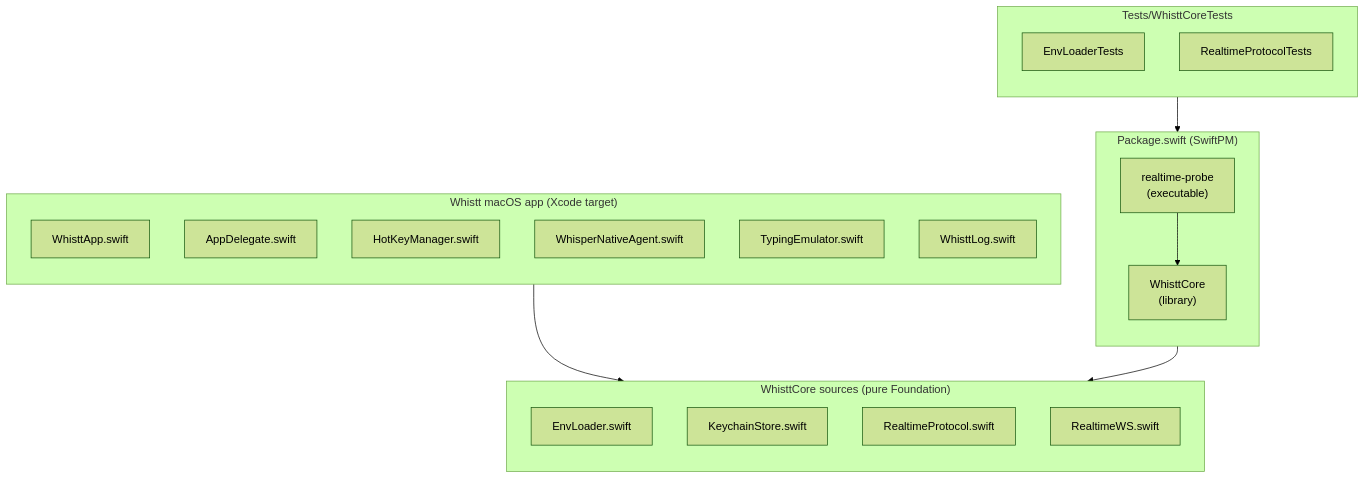
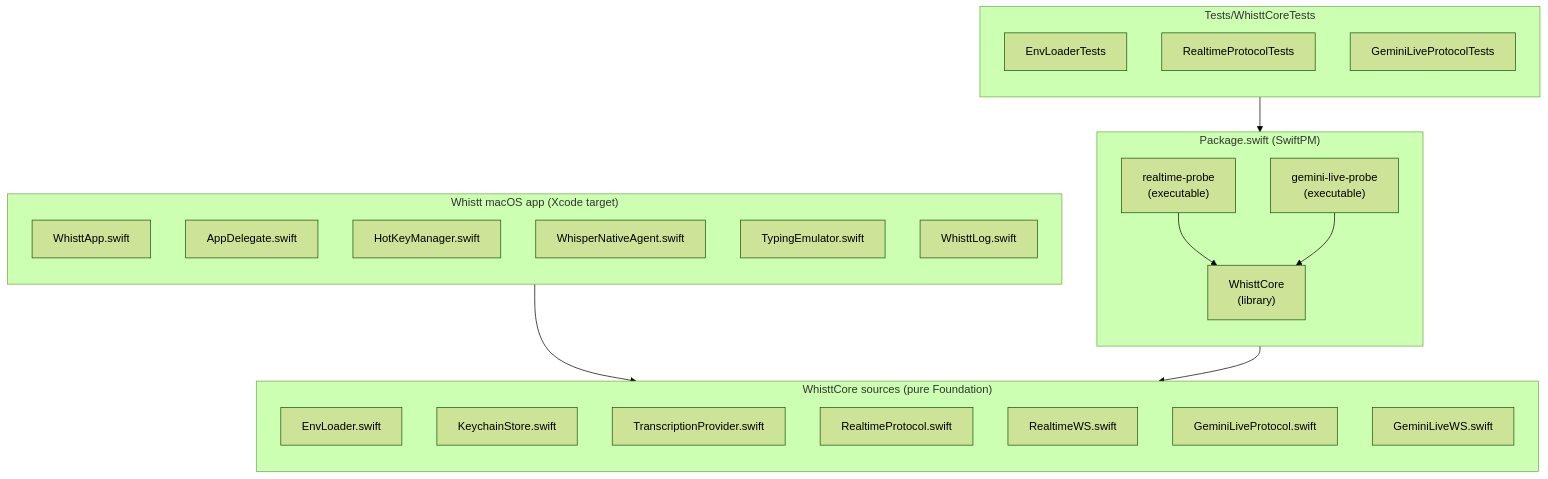
The first of 4 diagrams in ARCHITECTURE.md (laiso/whistt), drawn with Mermaid (forest theme) before and after one commit. The commit also changed other lines of this file and 9 other files, not shown here.

Commit message:
Add Gemini Live transcription support

````diff
--- a/ARCHITECTURE.md
+++ b/ARCHITECTURE.md
@@ -9,37 +9,43 @@
 ```mermaid
 flowchart TB
     subgraph SPM["Package.swift (SwiftPM)"]
         direction TB
         Core["WhisttCore<br/>(library)"]
-        Probe["realtime-probe<br/>(executable)"]
+        OpenAIProbe["realtime-probe<br/>(executable)"]
+        GeminiProbe["gemini-live-probe<br/>(executable)"]
     end
 
     subgraph CoreFiles["WhisttCore sources (pure Foundation)"]
         direction TB
         EnvLoader["EnvLoader.swift"]
         Keychain["KeychainStore.swift"]
+        Provider["TranscriptionProvider.swift"]
         Proto["RealtimeProtocol.swift"]
         WS["RealtimeWS.swift"]
+        GeminiProto["GeminiLiveProtocol.swift"]
+        GeminiWS["GeminiLiveWS.swift"]
     end
 
     subgraph App["Whistt macOS app (Xcode target)"]
         direction TB
         WhisttApp["WhisttApp.swift"]
         AppDelegate["AppDelegate.swift"]
         HotKey["HotKeyManager.swift"]
         Agent["WhisperNativeAgent.swift"]
         Typing["TypingEmulator.swift"]
         Log["WhisttLog.swift"]
     end
 
     subgraph Tests["Tests/WhisttCoreTests"]
         direction TB
         EnvTests["EnvLoaderTests"]
         ProtoTests["RealtimeProtocolTests"]
+        GeminiProtoTests["GeminiLiveProtocolTests"]
     end
 
     Core --> CoreFiles
-    Probe --> Core
+    OpenAIProbe --> Core
+    GeminiProbe --> Core
     App --> CoreFiles
     Tests --> Core
 ```
````
